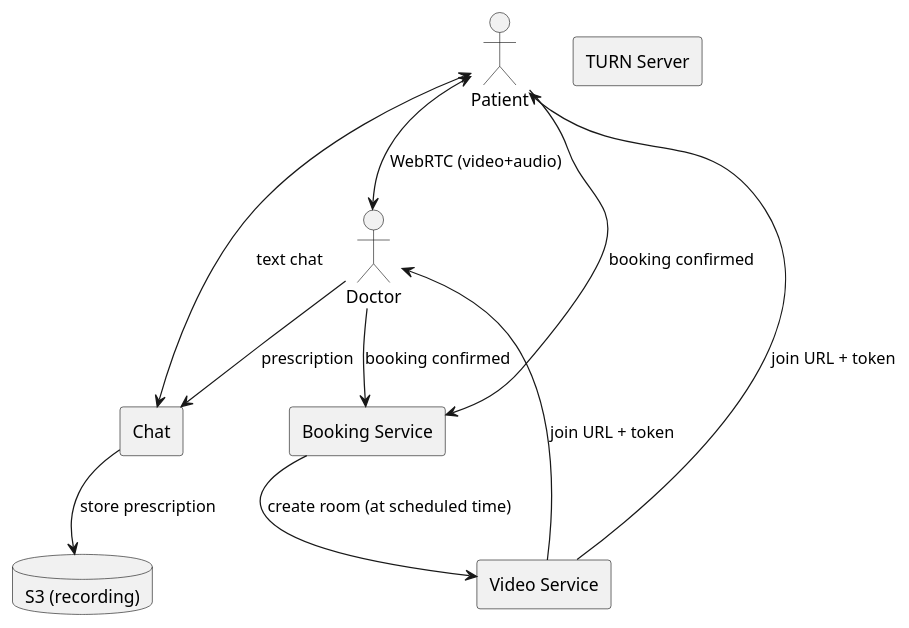
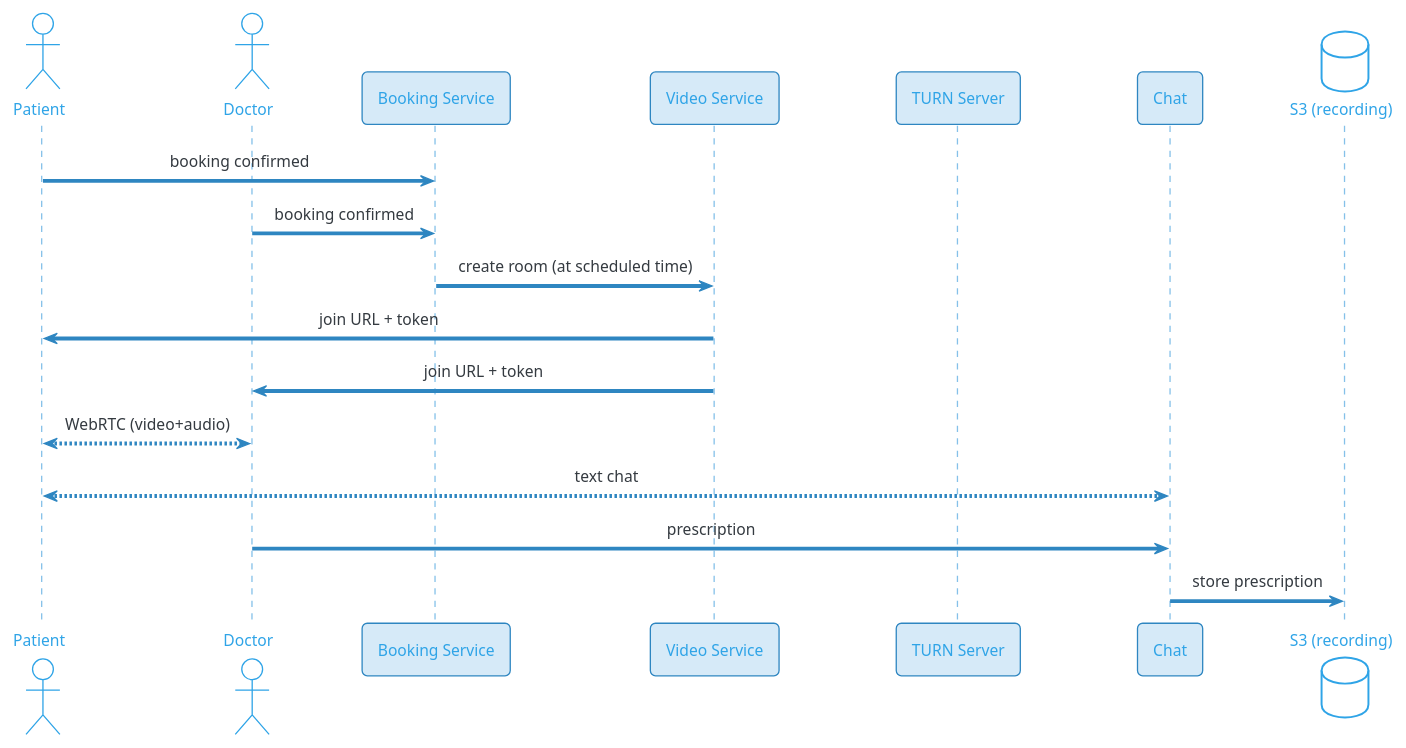
The third of 4 diagrams in docs/system-design/problems/16-hospital-appointment-booking.md (cyberstoneac/dsa_docs), drawn with PlantUML before and after one commit. The commit also changed other lines of this file and 26 other files, not shown here.

````diff
--- a/docs/system-design/problems/16-hospital-appointment-booking.md
+++ b/docs/system-design/problems/16-hospital-appointment-booking.md
@@ -1123,23 +1135,32 @@
 ```plantuml
 @startuml
-skinparam componentStyle rectangle
+!theme cerulean-outline
+skinparam backgroundColor white
+skinparam shadowing false
+skinparam sequenceMessageAlign center
+skinparam sequence {
+  ArrowColor #2E86C1
+  LifeLineBorderColor #85C1E9
+  ParticipantBorderColor #2E86C1
+  ParticipantBackgroundColor #D6EAF8
+}
 
 actor Patient
 actor Doctor
-component "Booking Service" as BS
-component "Video Service" as VS
-component "TURN Server" as TURN
-component "Chat" as Chat
+participant "Booking Service" as BS
+participant "Video Service" as VS
+participant "TURN Server" as TURN
+participant "Chat" as Chat
 database "S3 (recording)" as S3
 
-Patient --> BS : booking confirmed
-Doctor --> BS : booking confirmed
-BS --> VS : create room (at scheduled time)
-VS --> Patient : join URL + token
-VS --> Doctor : join URL + token
+Patient -> BS : booking confirmed
+Doctor -> BS : booking confirmed
+BS -> VS : create room (at scheduled time)
+VS -> Patient : join URL + token
+VS -> Doctor : join URL + token
 Patient <--> Doctor : WebRTC (video+audio)
 Patient <--> Chat : text chat
-Doctor --> Chat : prescription
-Chat --> S3 : store prescription
+Doctor -> Chat : prescription
+Chat -> S3 : store prescription
 @enduml
 ```
````
